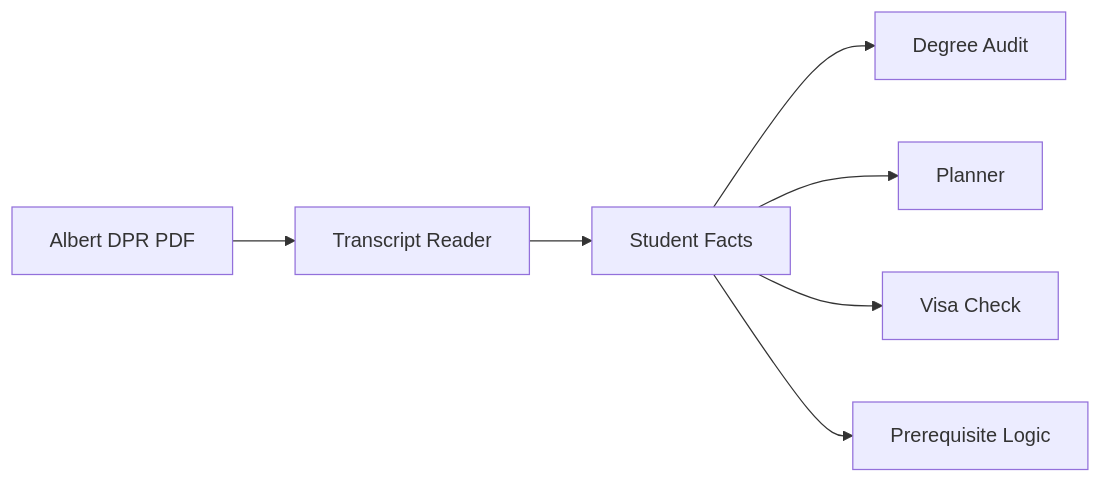
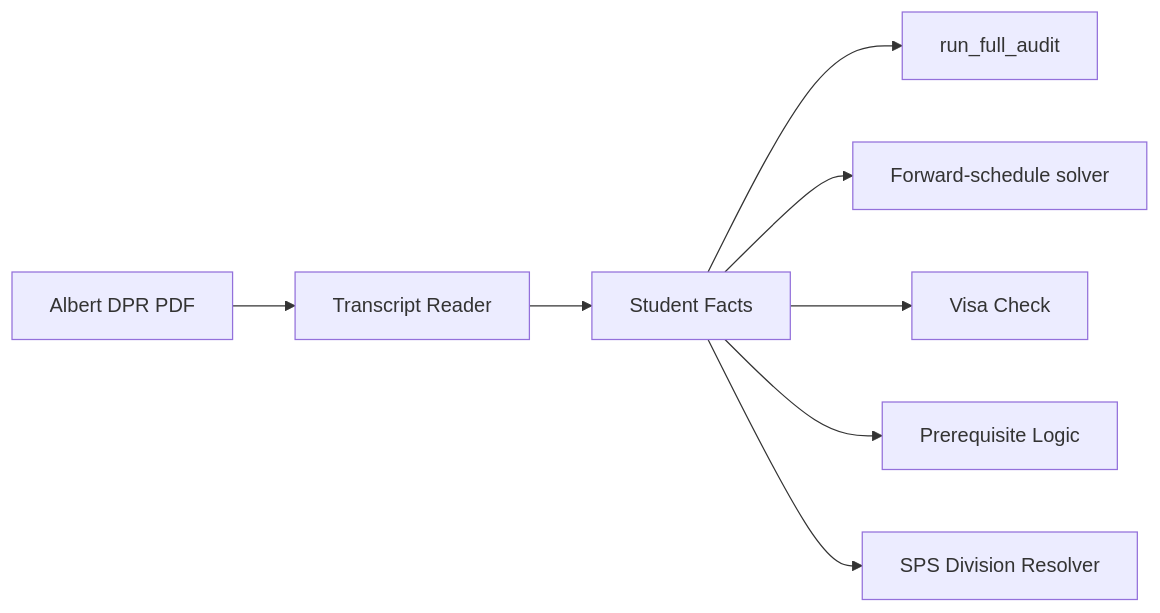
The first of 3 diagrams in Docs/current-system/engine/dpr.md (EdoardoMongardi/NYU_Path), drawn with Mermaid before and after one commit. The commit also changed other lines of this file and 73 other files, not shown here.

````diff
--- a/Docs/current-system/engine/dpr.md
+++ b/Docs/current-system/engine/dpr.md
@@ -7,9 +9,10 @@
 ```mermaid
 flowchart LR
     PDF[Albert DPR PDF] --> Reader[Transcript Reader]
     Reader --> Facts[Student Facts]
-    Facts --> Audit[Degree Audit]
-    Facts --> Planner[Planner]
+    Facts --> Audit[run_full_audit]
+    Facts --> Planner[Forward-schedule solver]
     Facts --> Visa[Visa Check]
     Facts --> Prereqs[Prerequisite Logic]
+    Facts --> SPS[SPS Division Resolver]
 ```
````
